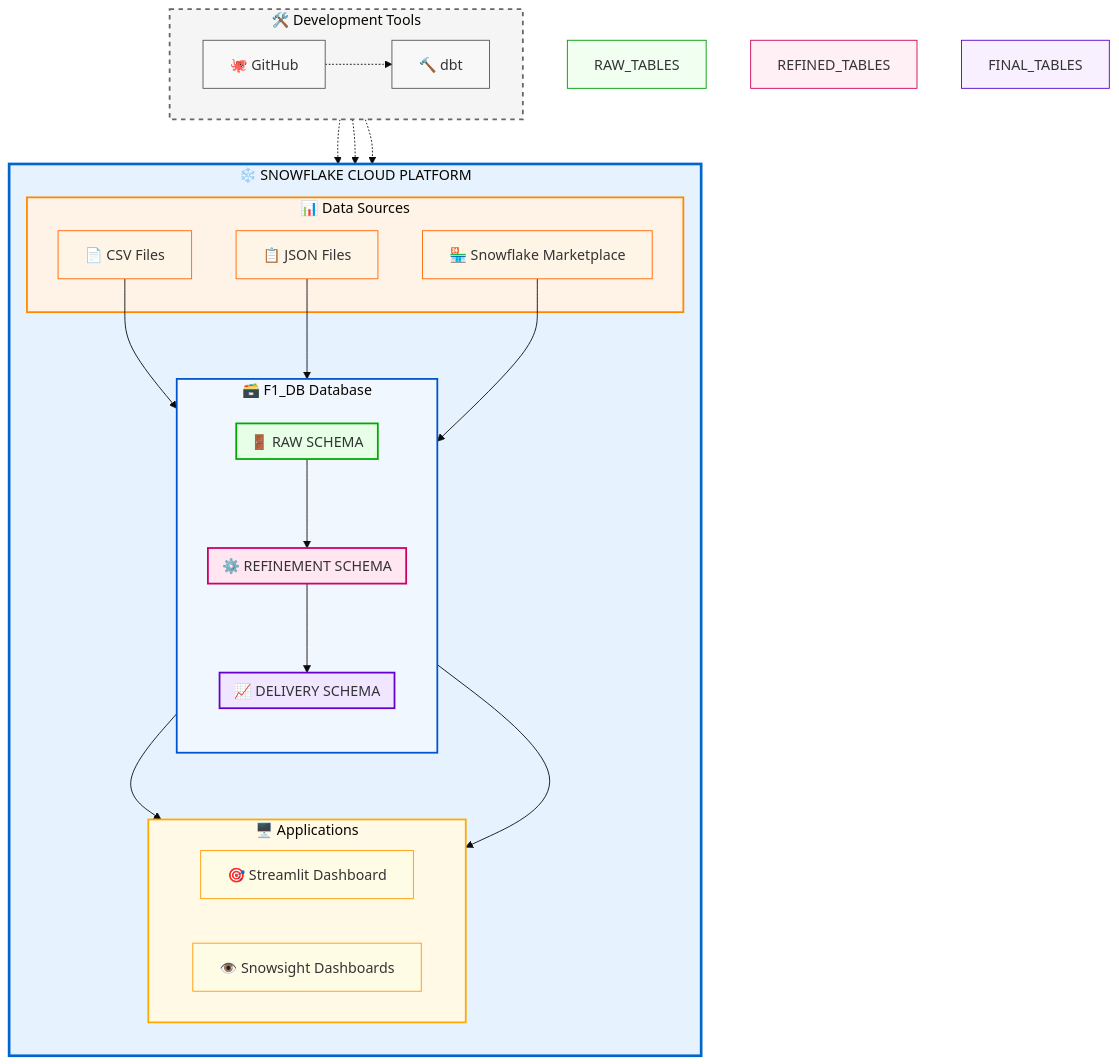
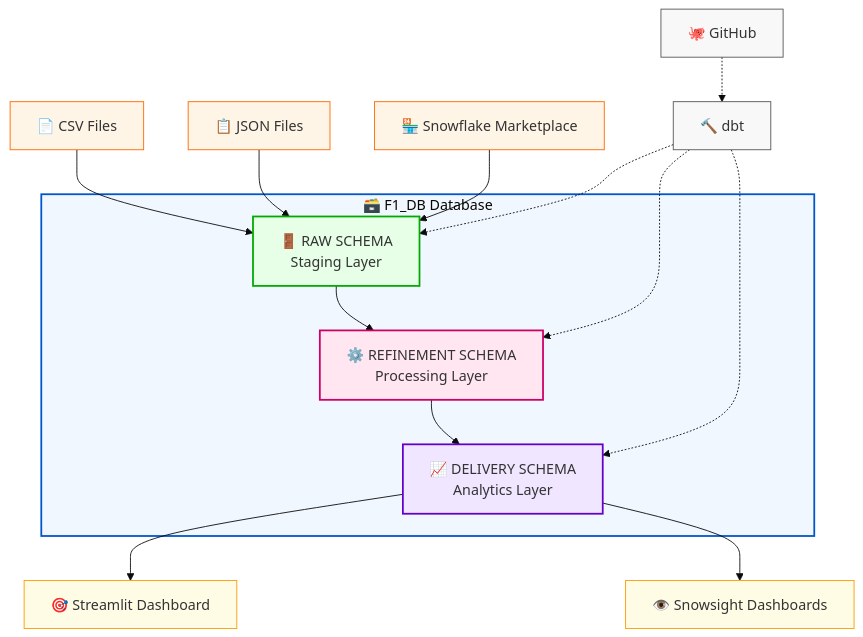
The diagram in Documentation/Doc.md (guillermocontp/Snowflake-project), drawn with Mermaid (base theme) before and after one commit.

````diff
--- a/Documentation/Doc.md
+++ b/Documentation/Doc.md
@@ -57,79 +57,53 @@
 ```mermaid
-graph TD
-    subgraph SNOWFLAKE["❄️ SNOWFLAKE CLOUD PLATFORM"]
-        direction TB
+flowchart TD
+    %% Data Sources
+    CSV["📄 CSV Files"]
+    JSON["📋 JSON Files"]
+    MARKET["🏪 Snowflake Marketplace"]
+    
+    %% Database Layers
+    subgraph F1_DB ["🗃️ F1_DB Database"]
+        RAW["🚪 RAW SCHEMA<br/>Staging Layer"]
+        REFINEMENT["⚙️ REFINEMENT SCHEMA<br/>Processing Layer"]
+        DELIVERY["📈 DELIVERY SCHEMA<br/>Analytics Layer"]
         
-        subgraph SOURCES["📊 Data Sources"]
-            CSV["📄 CSV Files"]
-            JSON["📋 JSON Files"]
-            MARKET["🏪 Snowflake Marketplace"]
-        end
-        
-        subgraph F1_DB["🗃️ F1_DB Database"]
-            direction TB
-            
-            subgraph STAGING["🚪 RAW SCHEMA"]
-                
-            end
-            
-            subgraph REFINEMENT["⚙️ REFINEMENT SCHEMA"]
-                
-            end
-            
-            subgraph DELIVERY["📈 DELIVERY SCHEMA"]
-                
-            end
-        end
-        
-        subgraph APPS["🖥️ Applications"]
-            direction LR
-            STREAMLIT["🎯 Streamlit Dashboard"]
-            SNOWSIGHT["👁️ Snowsight Dashboards"]
-        end
-        
-        %% Data flow arrows
-        CSV --> STAGING
-        JSON --> STAGING
-        MARKET --> STAGING
-        
-        STAGING --> REFINEMENT
+        RAW --> REFINEMENT
         REFINEMENT --> DELIVERY
-        
-        DELIVERY --> STREAMLIT
-        DELIVERY --> SNOWSIGHT
     end
     
-    %% External tools positioned below
-    subgraph TOOLS["🛠️ Development Tools"]
-        direction LR
-        DBT["🔨 dbt"]
-        GITHUB["🐙 GitHub"]
-    end
+    %% Applications
+    STREAMLIT["🎯 Streamlit Dashboard"]
+    SNOWSIGHT["👁️ Snowsight Dashboards"]
+    
+    %% Development Tools
+    DBT["🔨 dbt"]
+    GITHUB["🐙 GitHub"]
+    
+    %% Data Flow
+    CSV --> RAW
+    JSON --> RAW
+    MARKET --> RAW
+    
+    DELIVERY --> STREAMLIT
+    DELIVERY --> SNOWSIGHT
     
     %% Tool connections
-    DBT -.-> STAGING
+    DBT -.-> RAW
     DBT -.-> REFINEMENT
     DBT -.-> DELIVERY
     GITHUB -.-> DBT
     
     %% Styling
-    style SNOWFLAKE fill:#e6f3ff,stroke:#0066cc,stroke-width:3px
     style F1_DB fill:#f0f7ff,stroke:#0055cc,stroke-width:2px
-    style SOURCES fill:#fff2e6,stroke:#ff8800,stroke-width:2px
-    style STAGING fill:#e6ffe6,stroke:#00aa00,stroke-width:2px
+    style RAW fill:#e6ffe6,stroke:#00aa00,stroke-width:2px
     style REFINEMENT fill:#ffe6f0,stroke:#cc0066,stroke-width:2px
     style DELIVERY fill:#f0e6ff,stroke:#6600cc,stroke-width:2px
-    style APPS fill:#fff9e6,stroke:#ffaa00,stroke-width:2px
-    style TOOLS fill:#f5f5f5,stroke:#666666,stroke-width:2px,stroke-dasharray: 5 5
     
-    style RAW_TABLES fill:#f0fff0,stroke:#009900
-    style REFINED_TABLES fill:#fff0f5,stroke:#cc0055
-    style FINAL_TABLES fill:#f8f0ff,stroke:#5500cc
     style CSV fill:#fff5e6,stroke:#ff6600
     style JSON fill:#fff5e6,stroke:#ff6600
     style MARKET fill:#fff5e6,stroke:#ff6600
     style STREAMLIT fill:#fffce6,stroke:#ff9900
     style SNOWSIGHT fill:#fffce6,stroke:#ff9900
     style DBT fill:#f8f8f8,stroke:#555555
     style GITHUB fill:#f8f8f8,stroke:#555555
 ```
````
